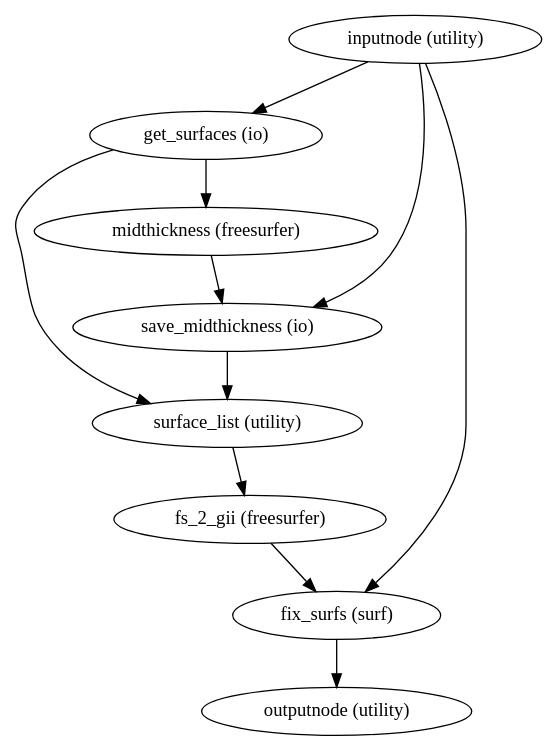
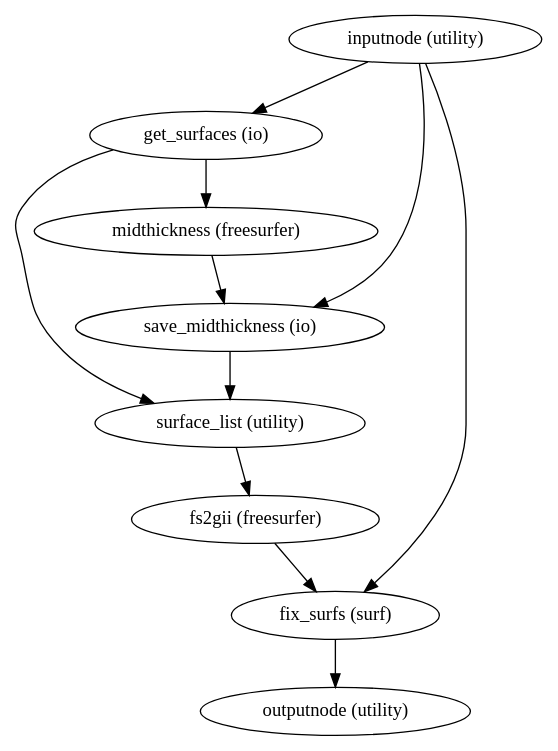
One commit to nuKs/smriprep changed the diagram in wf_directive/api/gifti_surface_wf/smriprep-workflows-surfaces-5.dot. Above: the diagram before and after it, drawn with Graphviz. The commit also changed 1676 other files, not shown here.

```diff
--- a/wf_directive/api/gifti_surface_wf/smriprep-workflows-surfaces-5.dot
+++ b/wf_directive/api/gifti_surface_wf/smriprep-workflows-surfaces-5.dot
@@ -1,20 +1,20 @@
 strict digraph  {
 "inputnode (utility)";
 "get_surfaces (io)";
 "save_midthickness (io)";
 "fix_surfs (surf)";
 "midthickness (freesurfer)";
 "surface_list (utility)";
-"fs_2_gii (freesurfer)";
+"fs2gii (freesurfer)";
 "outputnode (utility)";
 "inputnode (utility)" -> "get_surfaces (io)";
 "inputnode (utility)" -> "save_midthickness (io)";
 "inputnode (utility)" -> "fix_surfs (surf)";
 "get_surfaces (io)" -> "midthickness (freesurfer)";
 "get_surfaces (io)" -> "surface_list (utility)";
 "save_midthickness (io)" -> "surface_list (utility)";
 "fix_surfs (surf)" -> "outputnode (utility)";
 "midthickness (freesurfer)" -> "save_midthickness (io)";
-"surface_list (utility)" -> "fs_2_gii (freesurfer)";
-"fs_2_gii (freesurfer)" -> "fix_surfs (surf)";
+"surface_list (utility)" -> "fs2gii (freesurfer)";
+"fs2gii (freesurfer)" -> "fix_surfs (surf)";
 }
```
